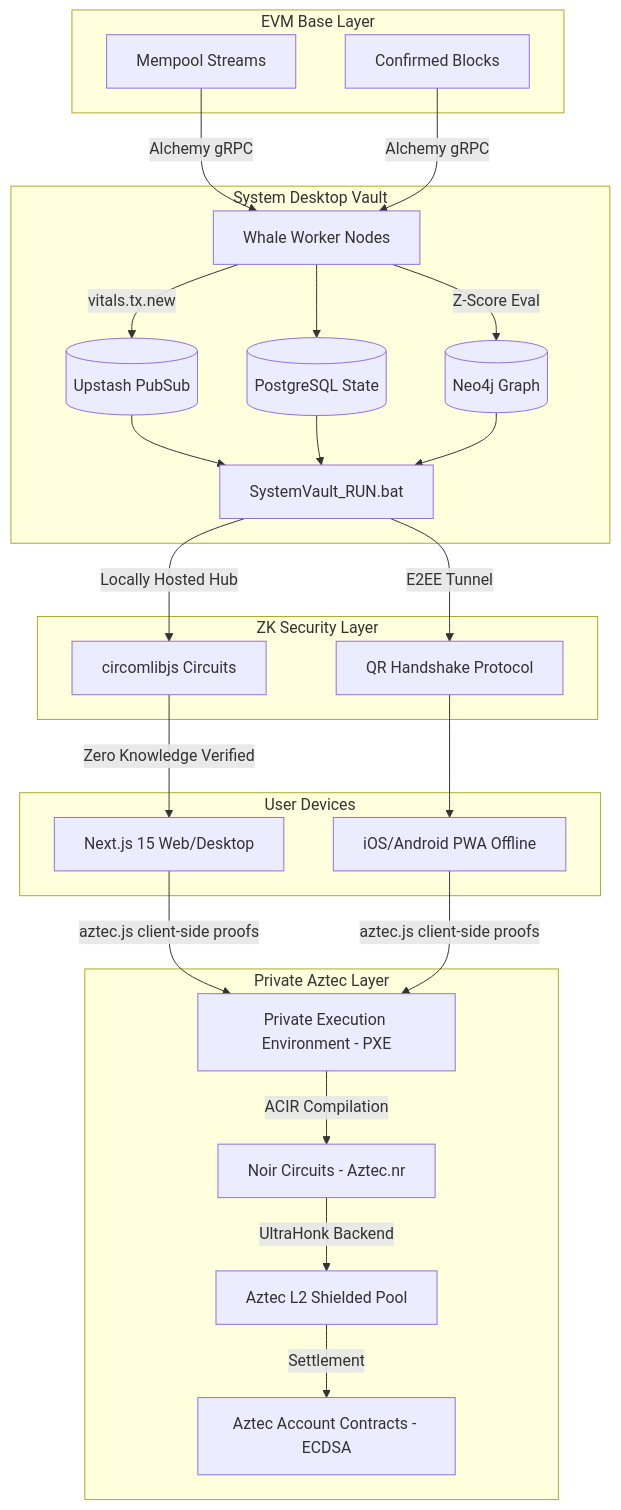
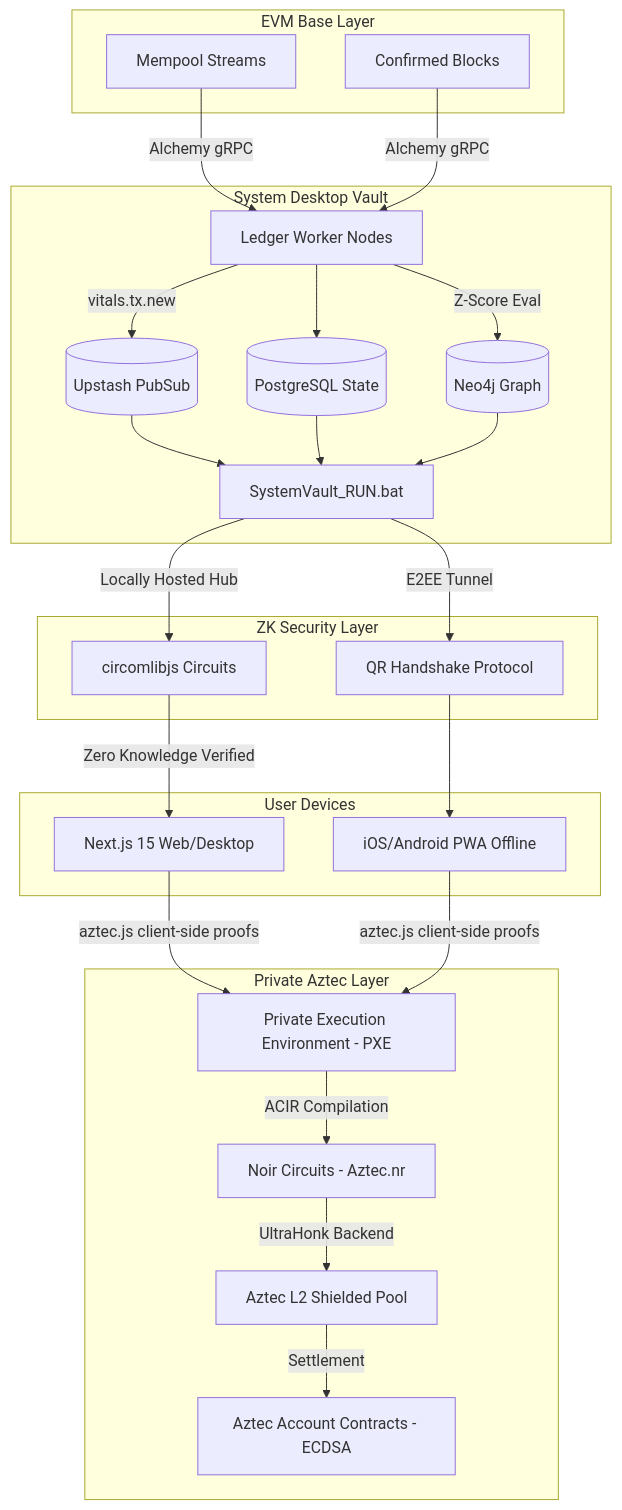
Before and after one commit to atfortyseven-creations/Wallet-Human-ID-POLYMARKET: the diagram in docs/ADR/historical/001-master-architecture-v1.md, drawn with Mermaid. The commit also changed other lines of this file and 733 other files, not shown here.

````diff
--- a/docs/ADR/historical/001-master-architecture-v1.md
+++ b/docs/ADR/historical/001-master-architecture-v1.md
@@ -13,53 +13,53 @@
 ```mermaid
 graph TD
     subgraph EVM Base Layer
         Mem[Mempool Streams]
         Blk[Confirmed Blocks]
     end
 
     subgraph System Desktop Vault
         Daemon[SystemVault_RUN.bat]
-        Wrk[Whale Worker Nodes]
+        Wrk[Ledger Worker Nodes]
         Prisma[(PostgreSQL State)]
         Neo[(Neo4j Graph)]
         Redis[(Upstash PubSub)]
     end
 
     subgraph ZK Security Layer
         Cir[circomlibjs Circuits]
         Hnd[QR Handshake Protocol]
     end
 
     subgraph Private Aztec Layer
         Pxe[Private Execution Environment - PXE]
         Noir[Noir Circuits - Aztec.nr]
         Azt[Aztec Account Contracts - ECDSA]
         L2[Aztec L2 Shielded Pool]
     end
 
     subgraph User Devices
         Nxt[Next.js 15 Web/Desktop]
         Pwa[iOS/Android PWA Offline]
     end
 
     Mem -->|Alchemy gRPC| Wrk
     Blk -->|Alchemy gRPC| Wrk
     Wrk -->|Z-Score Eval| Neo
     Wrk --> Prisma
     Wrk -->|vitals.tx.new| Redis
     
     Redis --> Daemon
     Prisma --> Daemon
     Neo --> Daemon
 
     Daemon -->|Locally Hosted Hub| Cir
     Cir -->|Zero Knowledge Verified| Nxt
     Daemon -->|E2EE Tunnel| Hnd
     Hnd --> Pwa
     
     Nxt -->|aztec.js client-side proofs| Pxe
     Pwa -->|aztec.js client-side proofs| Pxe
     Pxe -->|ACIR Compilation| Noir
     Noir -->|UltraHonk Backend| L2
     L2 -->|Settlement| Azt
 ```
````
